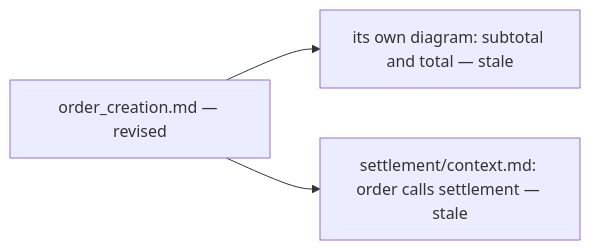
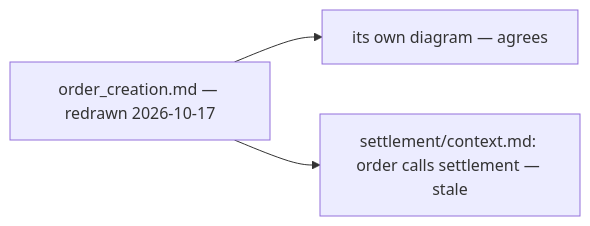
The second of 2 diagrams in docs/business/order/order_creation_clarify.md (pdcgo/warehouse_revamp), drawn with Mermaid before and after one commit. The commit also changed other lines of this file and 6 other files, not shown here.

First line of the commit message:
docs(order): order context closed — who moves each status, the redrawn status move and creation flow

````diff
--- a/docs/business/order/order_creation_clarify.md
+++ b/docs/business/order/order_creation_clarify.md
@@ -202,5 +169,5 @@
 ```mermaid
 flowchart LR
-  D["order_creation.md — revised"] --> A["its own diagram: subtotal and total — stale"]
+  D["order_creation.md — redrawn 2026-10-17"] --> A["its own diagram — agrees"]
   D --> C["settlement/context.md: order calls settlement — stale"]
 ```
````
